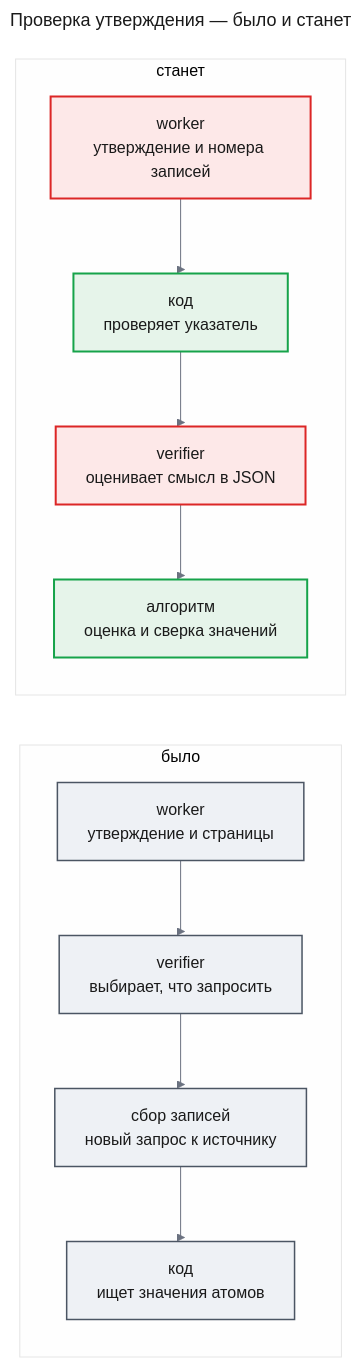
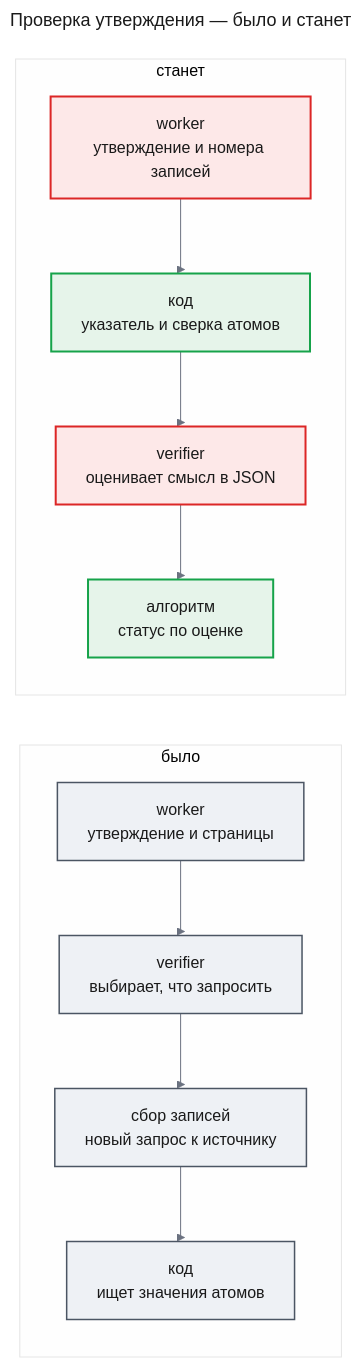
The second of 21 diagrams in docs/features/agent-quality/design-engine.md (tundraray/agent-os), drawn with Mermaid before and after one commit. The commit also changed other lines of this file and 7 other files, not shown here.

````diff
--- a/docs/features/agent-quality/design-engine.md
+++ b/docs/features/agent-quality/design-engine.md
@@ -242,36 +292,36 @@
 ```mermaid
 ---
 title: "Проверка утверждения — было и станет"
 config:
   theme: base
   look: classic
   themeVariables:
     primaryColor: "#eef1f5"
     primaryBorderColor: "#4b5563"
     primaryTextColor: "#1a1a1a"
     lineColor: "#6b7280"
   flowchart:
     curve: step
 ---
 flowchart LR
     subgraph before["было"]
         b1["worker<br/>утверждение и страницы"]
         b2["verifier<br/>выбирает, что запросить"]
         b3["сбор записей<br/>новый запрос к источнику"]
         b4["код<br/>ищет значения атомов"]
     end
     subgraph after["станет"]
         a1["worker<br/>утверждение и номера записей"]
-        a2["код<br/>проверяет указатель"]
+        a2["код<br/>указатель и сверка атомов"]
         a3["verifier<br/>оценивает смысл в JSON"]
-        a4["алгоритм<br/>оценка и сверка значений"]
+        a4["алгоритм<br/>статус по оценке"]
     end
     b1 --> b2 --> b3 --> b4
     a1 --> a2 --> a3 --> a4
     classDef changed fill:#fde8e8,stroke:#dc2626,stroke-width:2px,color:#1a1a1a
     classDef new fill:#e6f4ea,stroke:#16a34a,stroke-width:2px,color:#1a1a1a
     classDef unchanged fill:#eef1f5,stroke:#4b5563,stroke-width:1.5px,color:#1a1a1a
     class b1,b2,b3,b4 unchanged
     class a1,a3 changed
     class a2,a4 new
 ```
````
